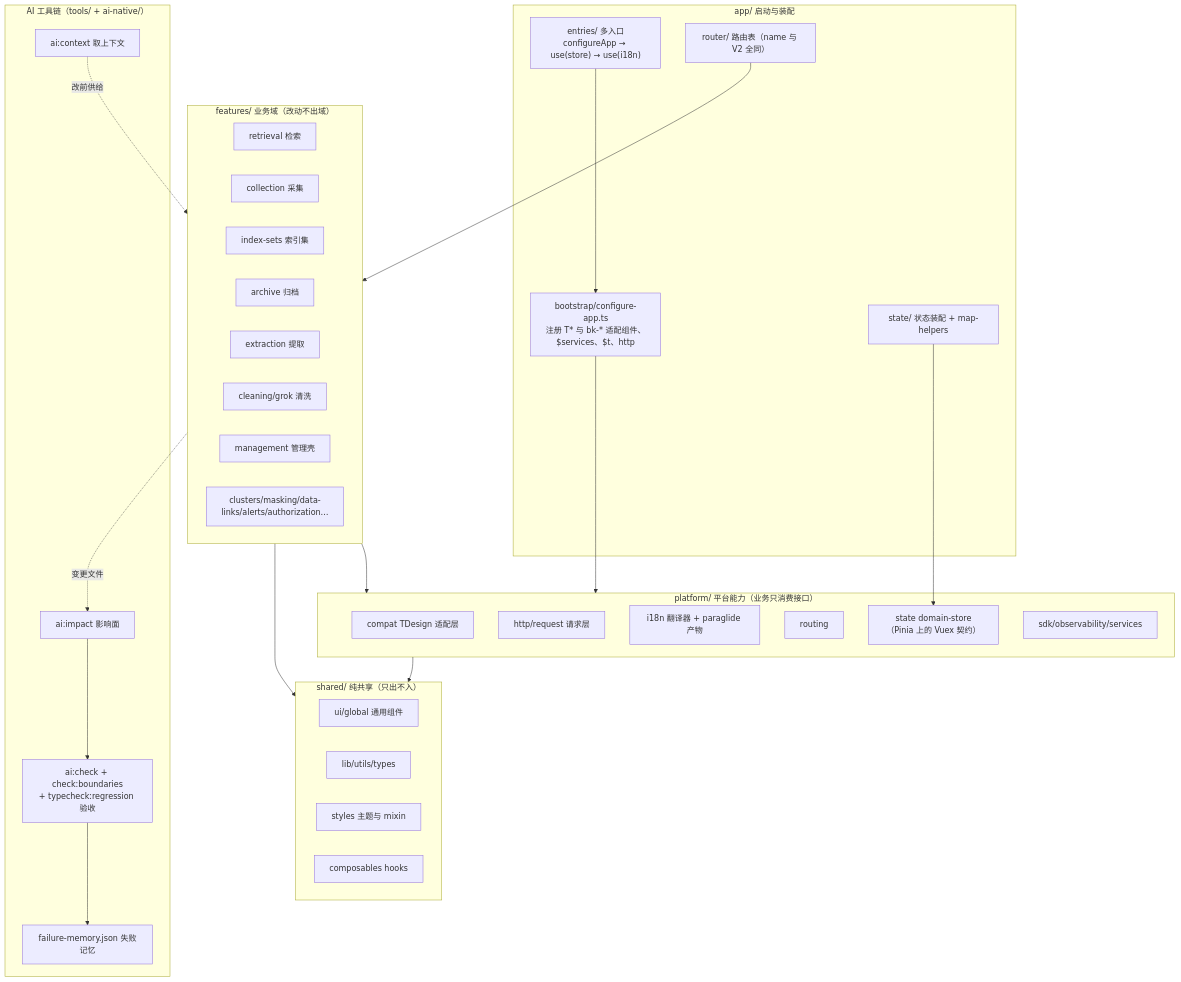
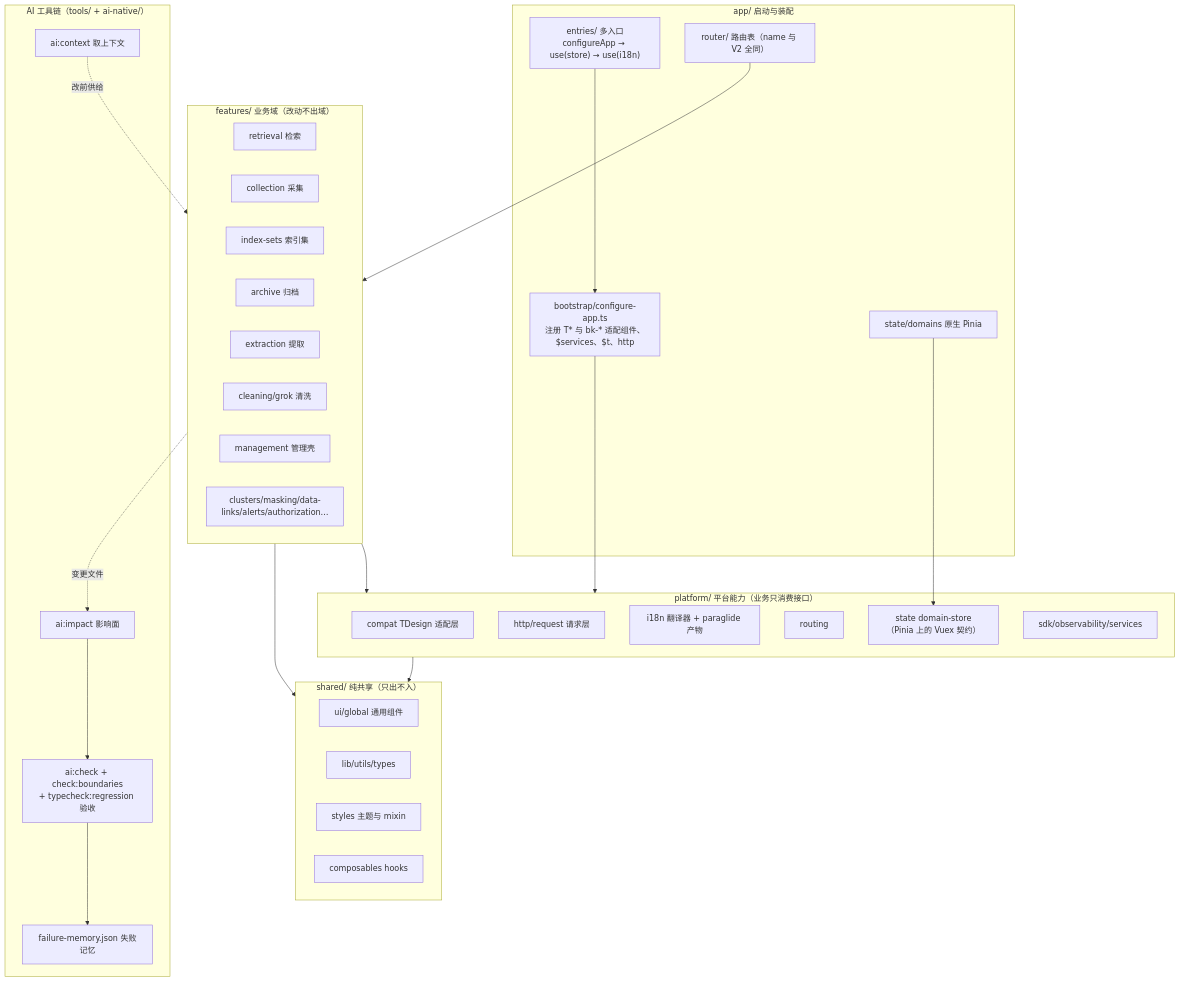
The first of 2 diagrams in bklog/web/packages/web-v3/MIGRATION.md (TencentBlueKing/bk-monitor), drawn with Mermaid before and after one commit. The commit also changed other lines of this file and 486 other files, not shown here.

````diff
--- a/bklog/web/packages/web-v3/MIGRATION.md
+++ b/bklog/web/packages/web-v3/MIGRATION.md
@@ -345,55 +340,55 @@
 ```mermaid
 flowchart TD
   subgraph APP["app/ 启动与装配"]
     BOOT["bootstrap/configure-app.ts<br/>注册 T* 与 bk-* 适配组件、$services、$t、http"]
     ENTRY["entries/ 多入口<br/>configureApp → use(store) → use(i18n)"]
     ROUTER["router/ 路由表（name 与 V2 全同）"]
-    ASTATE["state/ 状态装配 + map-helpers"]
+    ASTATE["state/domains 原生 Pinia"]
   end
 
   subgraph FEAT["features/ 业务域（改动不出域）"]
     RET["retrieval 检索"]
     COLL["collection 采集"]
     IDX["index-sets 索引集"]
     ARCH["archive 归档"]
     EXTR["extraction 提取"]
     CLEAN["cleaning/grok 清洗"]
     MGMT["management 管理壳"]
     MORE["clusters/masking/data-links/alerts/authorization…"]
   end
 
   subgraph PLAT["platform/ 平台能力（业务只消费接口）"]
     COMPAT["compat TDesign 适配层"]
     HTTP["http/request 请求层"]
     I18N["i18n 翻译器 + paraglide 产物"]
     ROUTING["routing"]
     PSTATE["state domain-store（Pinia 上的 Vuex 契约）"]
     SDK["sdk/observability/services"]
   end
 
   subgraph SHARED["shared/ 纯共享（只出不入）"]
     UI["ui/global 通用组件"]
     LIB["lib/utils/types"]
     STYLE["styles 主题与 mixin"]
     COMP["composables hooks"]
   end
 
   subgraph AI["AI 工具链（tools/ + ai-native/）"]
     CTX["ai:context 取上下文"]
     IMP["ai:impact 影响面"]
     CHK["ai:check + check:boundaries<br/>+ typecheck:regression 验收"]
     FM["failure-memory.json 失败记忆"]
   end
 
   ENTRY --> BOOT
   BOOT --> PLAT
   ROUTER --> FEAT
   ASTATE --> PSTATE
   FEAT --> PLAT
   FEAT --> SHARED
   PLAT --> SHARED
   CTX -.改前供给.-> FEAT
   FEAT -.变更文件.-> IMP
   IMP --> CHK
   CHK --> FM
 ```
````
